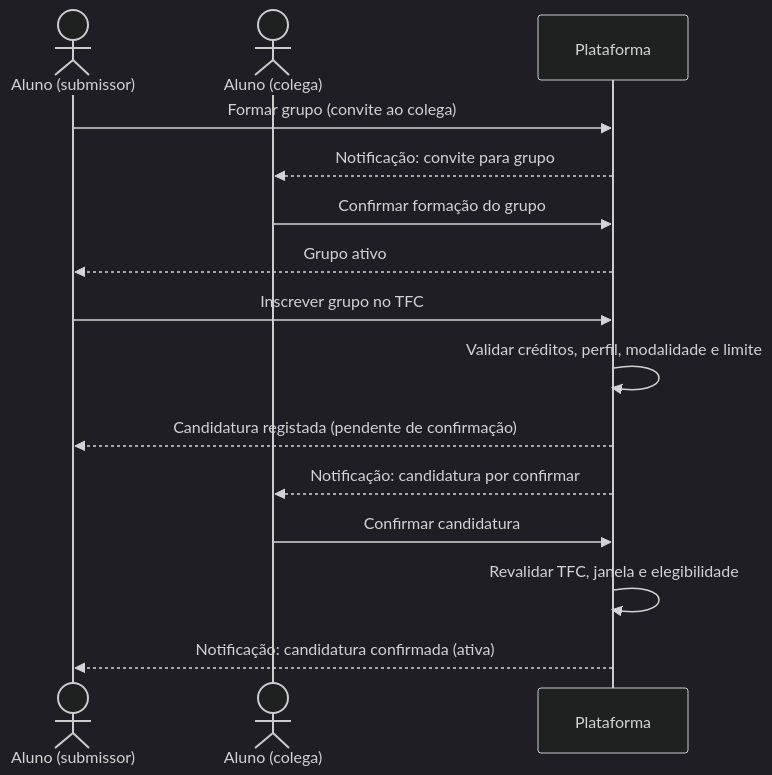
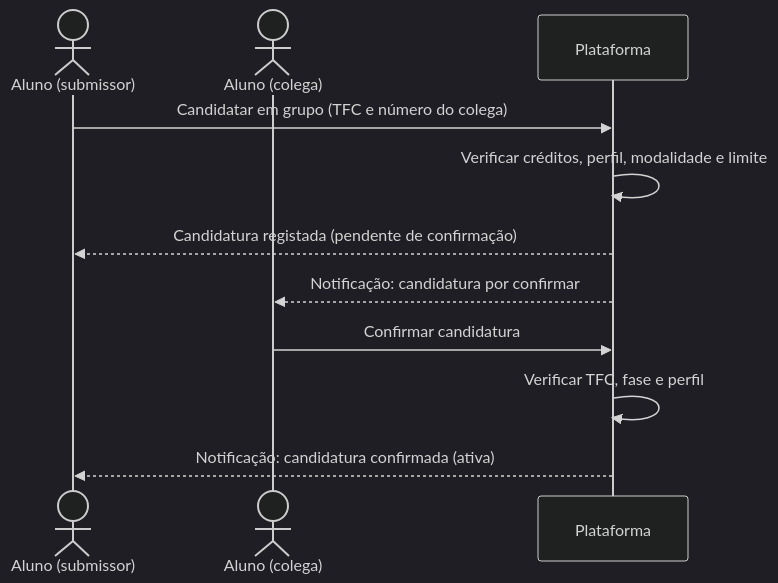
Before and after one commit to ULHT-TFC-new/tfc-reporting-DEISI2256: the fourth of 7 diagrams in processos.md, drawn with Mermaid (dark theme). The commit also changed other lines of this file, not shown here.

````diff
--- a/processos.md
+++ b/processos.md
@@ -423,17 +350,13 @@
 ```mermaid
 sequenceDiagram
     actor S as Aluno (submissor)
     actor C as Aluno (colega)
     participant P as Plataforma
-    S->>P: Formar grupo (convite ao colega)
-    P-->>C: Notificação: convite para grupo
-    C->>P: Confirmar formação do grupo
-    P-->>S: Grupo ativo
-    S->>P: Inscrever grupo no TFC
-    P->>P: Validar créditos, perfil, modalidade e limite
+    S->>P: Candidatar em grupo (TFC e número do colega)
+    P->>P: Verificar créditos, perfil, modalidade e limite
     P-->>S: Candidatura registada (pendente de confirmação)
     P-->>C: Notificação: candidatura por confirmar
     C->>P: Confirmar candidatura
-    P->>P: Revalidar TFC, janela e elegibilidade
+    P->>P: Verificar TFC, fase e perfil
     P-->>S: Notificação: candidatura confirmada (ativa)
 ```
````
